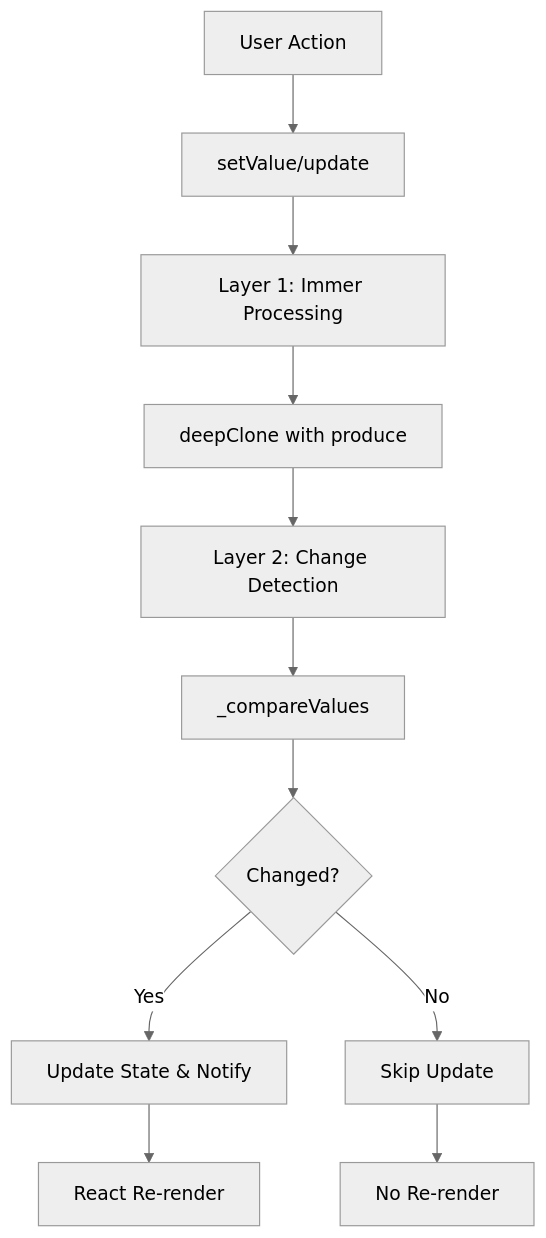
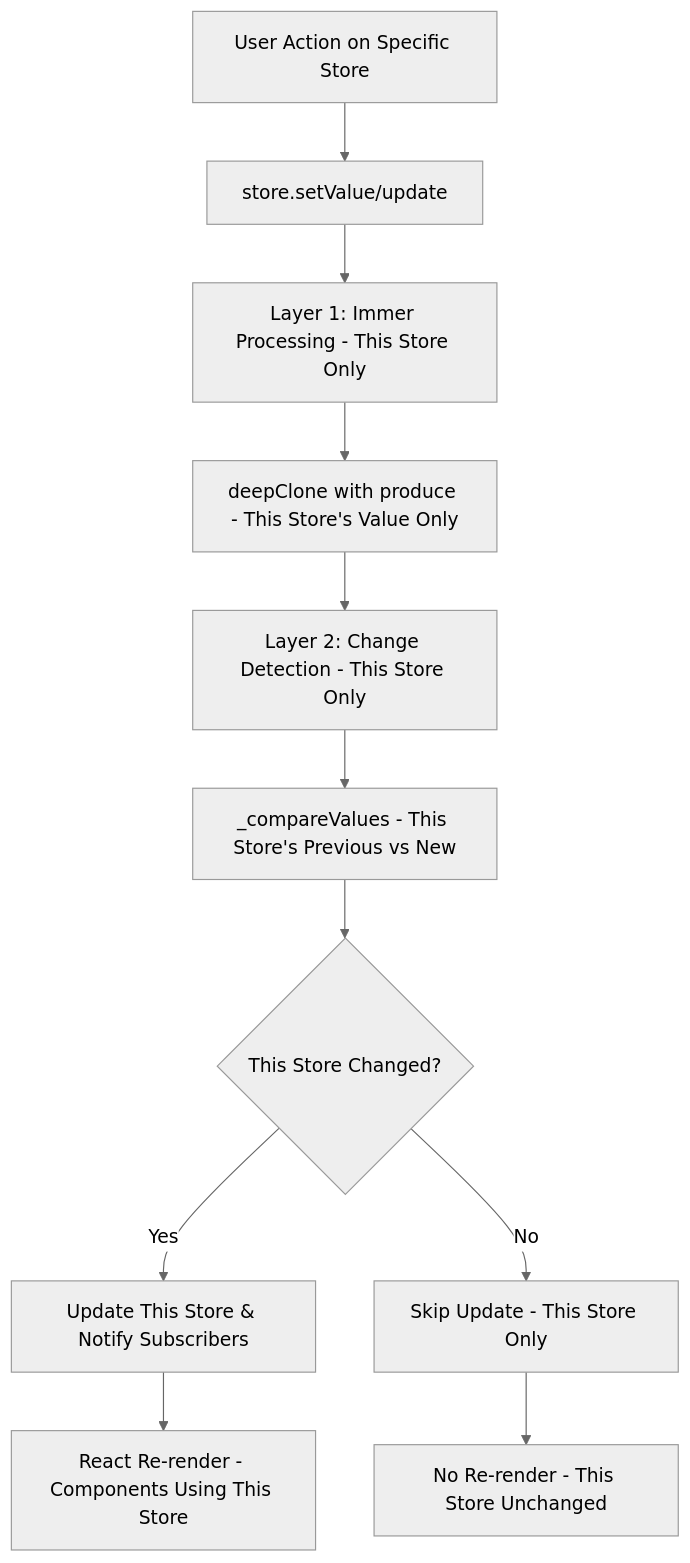
One commit to mineclover/context-action changed the diagram in docs/en/guide/patterns/architecture/immutability-architecture.md. Above: the diagram before and after it, drawn with Mermaid (neutral theme). The commit also changed other lines of this file and 3 other files, not shown here.

First line of the commit message:
fix(docs): clarify per-store Immer and comparison scope

````diff
--- a/docs/en/guide/patterns/architecture/immutability-architecture.md
+++ b/docs/en/guide/patterns/architecture/immutability-architecture.md
@@ -9,13 +11,13 @@
 ```mermaid
 graph TD
-    A[User Action] --> B[setValue/update]
-    B --> C[Layer 1: Immer Processing]
-    C --> D[deepClone with produce]
-    D --> E[Layer 2: Change Detection]
-    E --> F[_compareValues]
-    F --> G{Changed?}
-    G -->|Yes| H[Update State & Notify]
-    G -->|No| I[Skip Update]
-    H --> J[React Re-render]
-    I --> K[No Re-render]
+    A[User Action on Specific Store] --> B[store.setValue/update]
+    B --> C[Layer 1: Immer Processing - This Store Only]
+    C --> D[deepClone with produce - This Store's Value Only]
+    D --> E[Layer 2: Change Detection - This Store Only]
+    E --> F[_compareValues - This Store's Previous vs New]
+    F --> G{This Store Changed?}
+    G -->|Yes| H[Update This Store & Notify Subscribers]
+    G -->|No| I[Skip Update - This Store Only]
+    H --> J[React Re-render - Components Using This Store]
+    I --> K[No Re-render - This Store Unchanged]
 ```
````
